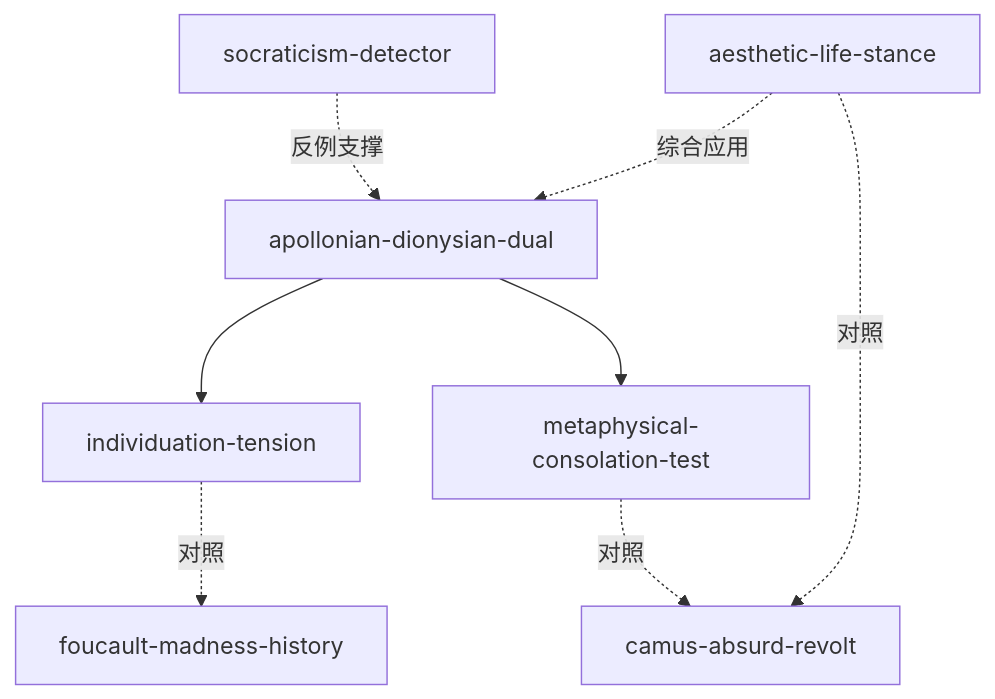
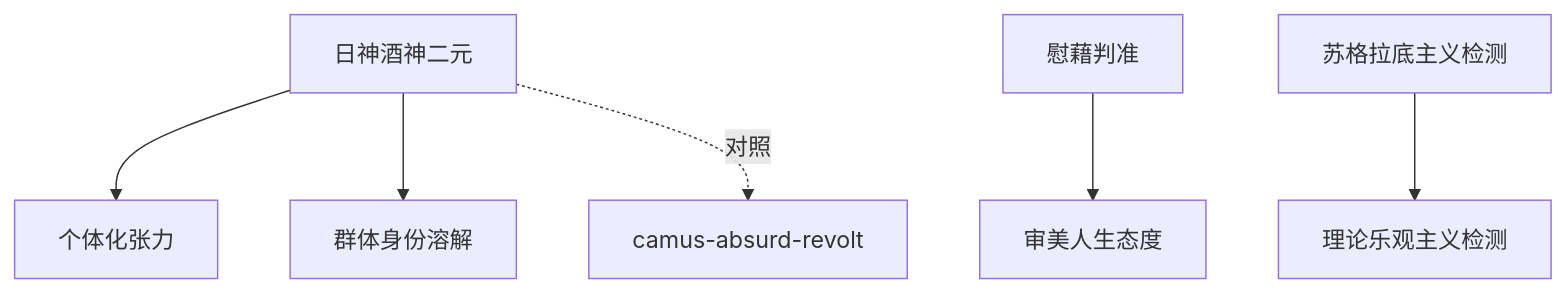
One commit to Natsummerance/skills changed the diagram in books/philosophy/nietzsche-birth-tragedy-cangjie/INDEX.md. Above: the diagram before and after it, drawn with Mermaid. The commit also changed other lines of this file and 11 other files, not shown here.

````diff
--- a/books/philosophy/nietzsche-birth-tragedy-cangjie/INDEX.md
+++ b/books/philosophy/nietzsche-birth-tragedy-cangjie/INDEX.md
@@ -17,10 +15,8 @@
 ```mermaid
 graph TD
-    AD[apollonian-dionysian-dual] --> IT[individuation-tension]
-    AD --> MC[metaphysical-consolation-test]
-    SD[socraticism-detector] -.反例支撑.-> AD
-    ALS[aesthetic-life-stance] -.综合应用.-> AD
-    ALS -.对照.-> CAM[camus-absurd-revolt]
-    MC -.对照.-> CAM
-    IT -.对照.-> FOU[foucault-madness-history]
+    ADD[日神酒神二元] --> IT[个体化张力]
+    ADD --> CID[群体身份溶解]
+    MCT[慰藉判准] --> ALS[审美人生态度]
+    SD[苏格拉底主义检测] --> TOD[理论乐观主义检测]
+    ADD -.对照.-> CAM[camus-absurd-revolt]
 ```
````
